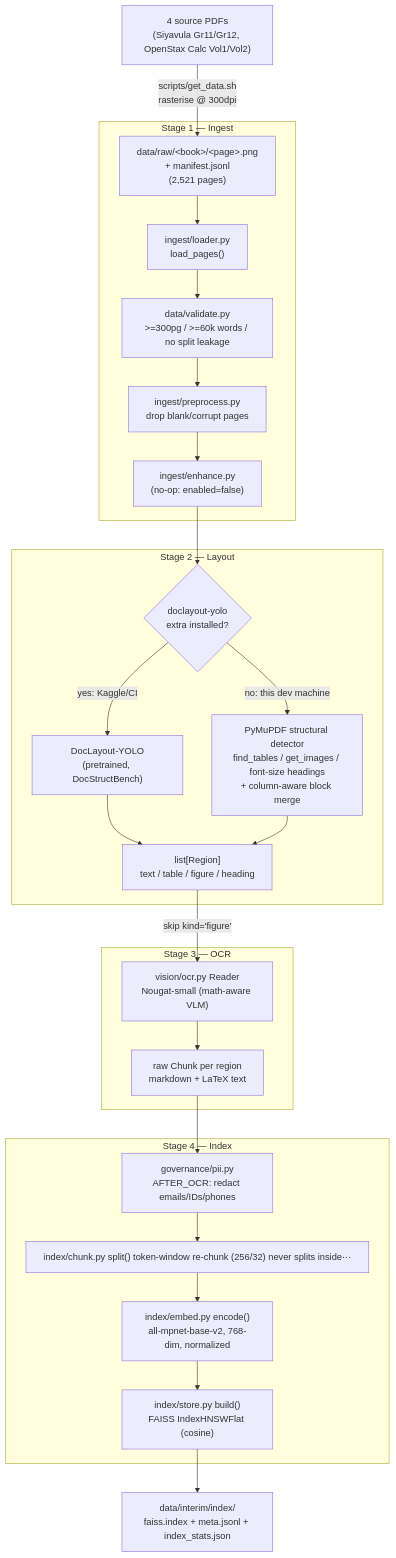
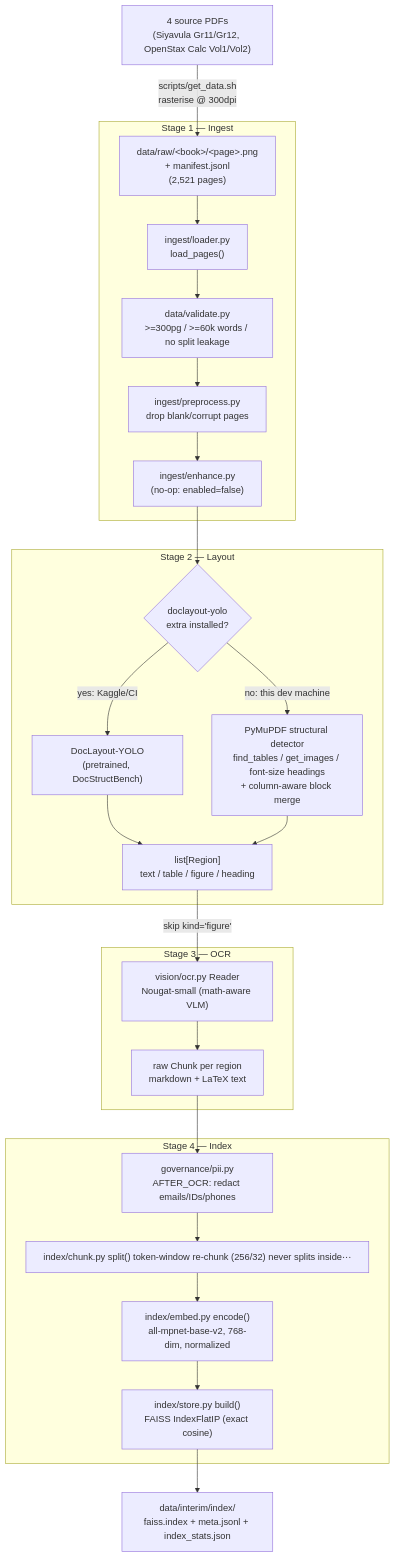
One commit to SMASH-Mash/doc-agent-G15 changed the diagram in reports/pipeline_diagram.md. Above: the diagram before and after it, drawn with Mermaid. The commit also changed 4 other files, not shown here.

First line of the commit message:
A2 stage 3 fix -- switch FAISS index from IndexHNSWFlat to IndexFlatIP

````diff
--- a/reports/pipeline_diagram.md
+++ b/reports/pipeline_diagram.md
@@ -6,33 +6,33 @@
 ```mermaid
 flowchart TD
     A["4 source PDFs<br/>(Siyavula Gr11/Gr12, OpenStax Calc Vol1/Vol2)"] -->|"scripts/get_data.sh<br/>rasterise @ 300dpi"| B["data/raw/&lt;book&gt;/&lt;page&gt;.png<br/>+ manifest.jsonl<br/>(2,521 pages)"]
 
     subgraph S1["Stage 1 — Ingest"]
         B --> C["ingest/loader.py<br/>load_pages()"]
         C --> D["data/validate.py<br/>&gt;=300pg / &gt;=60k words / no split leakage"]
         D --> E["ingest/preprocess.py<br/>drop blank/corrupt pages"]
         E --> F["ingest/enhance.py<br/>(no-op: enabled=false)"]
     end
 
     subgraph S2["Stage 2 — Layout"]
         F --> G{"doclayout-yolo<br/>extra installed?"}
         G -->|yes: Kaggle/CI| H["DocLayout-YOLO<br/>(pretrained, DocStructBench)"]
         G -->|no: this dev machine| I["PyMuPDF structural detector<br/>find_tables / get_images / font-size headings<br/>+ column-aware block merge"]
         H --> J["list[Region]<br/>text / table / figure / heading"]
         I --> J
     end
 
     subgraph S3["Stage 3 — OCR"]
         J -->|"skip kind='figure'"| K["vision/ocr.py Reader<br/>Nougat-small (math-aware VLM)"]
         K --> L["raw Chunk per region<br/>markdown + LaTeX text"]
     end
 
     subgraph S4["Stage 4 — Index"]
         L --> M["governance/pii.py<br/>AFTER_OCR: redact emails/IDs/phones"]
         M --> N["index/chunk.py split()<br/>token-window re-chunk (256/32)<br/>never splits inside $$...$$"]
         N --> O["index/embed.py encode()<br/>all-mpnet-base-v2, 768-dim, normalized"]
-        O --> P["index/store.py build()<br/>FAISS IndexHNSWFlat (cosine)"]
+        O --> P["index/store.py build()<br/>FAISS IndexFlatIP (exact cosine)"]
     end
 
     P --> Q["data/interim/index/<br/>faiss.index + meta.jsonl + index_stats.json"]
 ```
````
